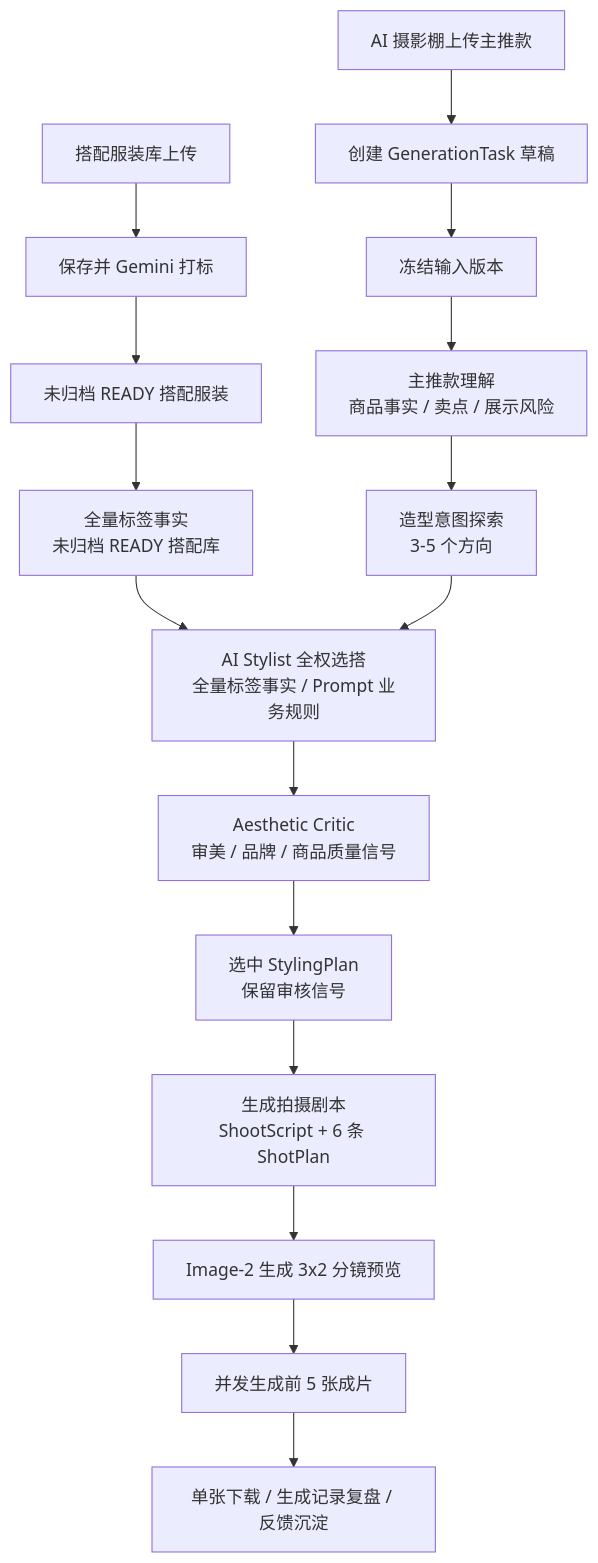
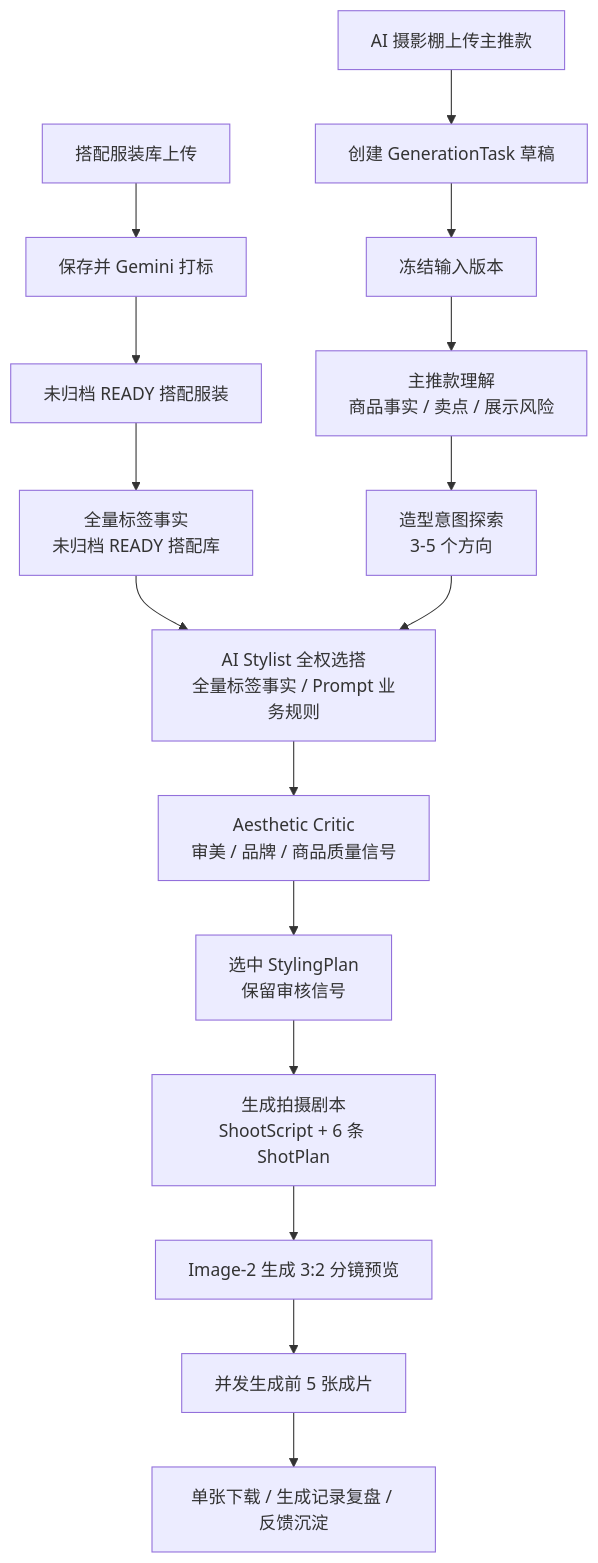
One commit to happyvchen/ruyi-dream changed the diagram in design/01_generation_flow/generation_flow.md. Above: the diagram before and after it, drawn with Mermaid. The commit also changed other lines of this file and 27 other files, not shown here.

````diff
--- a/design/01_generation_flow/generation_flow.md
+++ b/design/01_generation_flow/generation_flow.md
@@ -7,18 +7,18 @@
 ```mermaid
 flowchart TD
   A["搭配服装库上传"] --> B["保存并 Gemini 打标"]
   B --> C["未归档 READY 搭配服装"]
   D["AI 摄影棚上传主推款"] --> E["创建 GenerationTask 草稿"]
   E --> F["冻结输入版本"]
   C --> Q["全量标签事实<br/>未归档 READY 搭配库"]
   F --> H["主推款理解<br/>商品事实 / 卖点 / 展示风险"]
   Q --> J["AI Stylist 全权选搭<br/>全量标签事实 / Prompt 业务规则"]
   H --> I["造型意图探索<br/>3-5 个方向"]
   I --> J
   J --> K["Aesthetic Critic<br/>审美 / 品牌 / 商品质量信号"]
   K --> L["选中 StylingPlan<br/>保留审核信号"]
   L --> M["生成拍摄剧本<br/>ShootScript + 6 条 ShotPlan"]
-  M --> N["Image-2 生成 3x2 分镜预览"]
+  M --> N["Image-2 生成 3:2 分镜预览"]
   N --> O["并发生成前 5 张成片"]
   O --> P["单张下载 / 生成记录复盘 / 反馈沉淀"]
 ```
````
